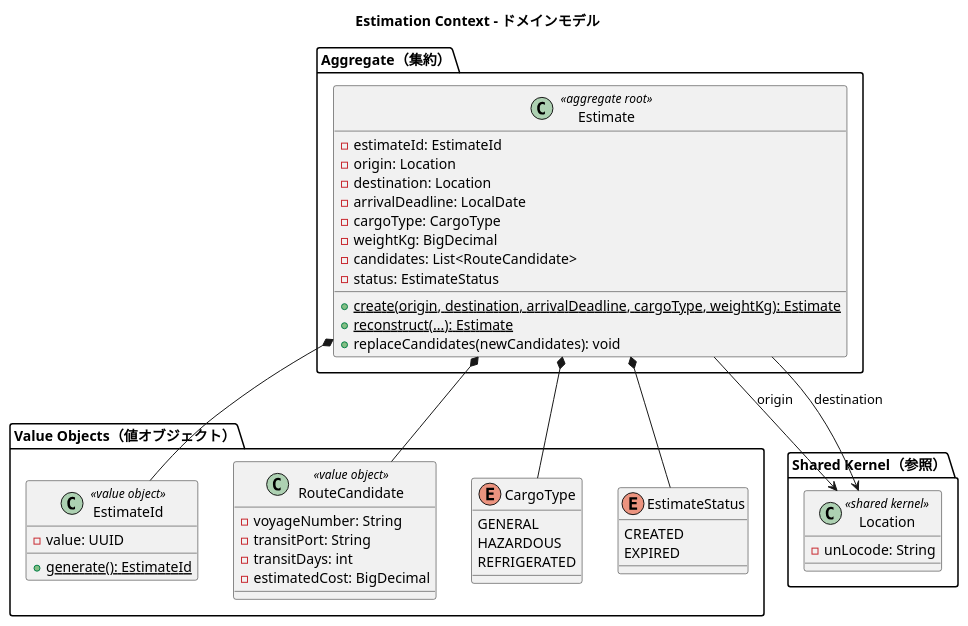
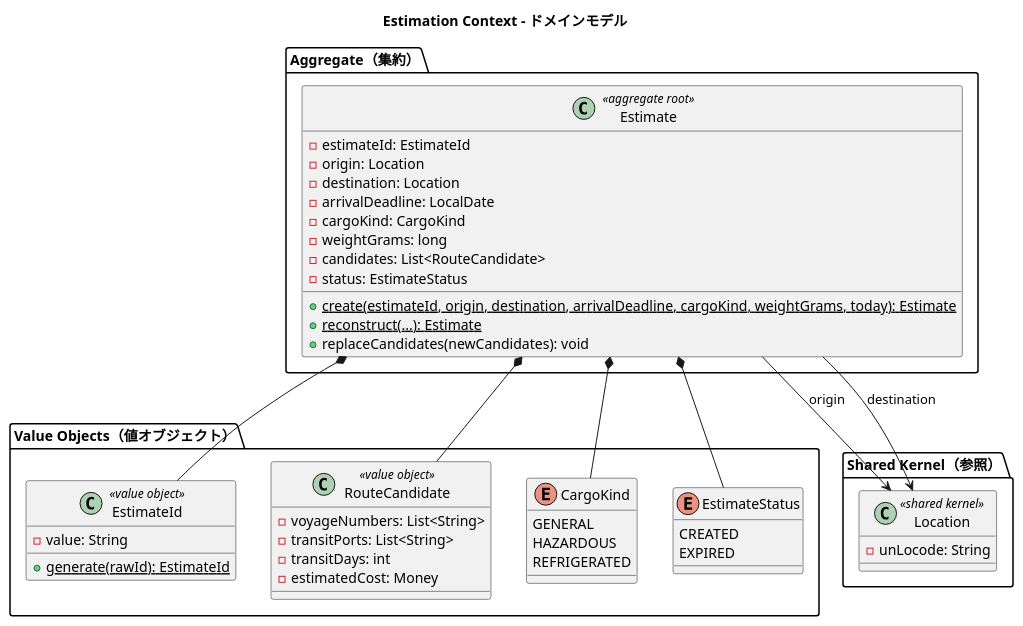
Before and after one commit to k2works/case-study-cargo-tracker: the ninth of 11 diagrams in docs/design/domain-model.md, drawn with PlantUML. The commit also changed other lines of this file and 20 other files, not shown here.

````diff
--- a/docs/design/domain-model.md
+++ b/docs/design/domain-model.md
@@ -1019,57 +1019,57 @@
 ```plantuml
 @startuml
 title Estimation Context - ドメインモデル
 
 package "Aggregate（集約）" {
   class Estimate <<aggregate root>> {
     -estimateId: EstimateId
     -origin: Location
     -destination: Location
     -arrivalDeadline: LocalDate
-    -cargoType: CargoType
-    -weightKg: BigDecimal
+    -cargoKind: CargoKind
+    -weightGrams: long
     -candidates: List<RouteCandidate>
     -status: EstimateStatus
-    +{static} create(origin, destination, arrivalDeadline, cargoType, weightKg): Estimate
+    +{static} create(estimateId, origin, destination, arrivalDeadline, cargoKind, weightGrams, today): Estimate
     +{static} reconstruct(...): Estimate
     +replaceCandidates(newCandidates): void
   }
 }
 
 package "Value Objects（値オブジェクト）" {
   class EstimateId <<value object>> {
-    -value: UUID
-    +{static} generate(): EstimateId
+    -value: String
+    +{static} generate(rawId): EstimateId
   }
   class RouteCandidate <<value object>> {
-    -voyageNumber: String
-    -transitPort: String
+    -voyageNumbers: List<String>
+    -transitPorts: List<String>
     -transitDays: int
-    -estimatedCost: BigDecimal
+    -estimatedCost: Money
   }
-  enum CargoType {
+  enum CargoKind {
     GENERAL
     HAZARDOUS
     REFRIGERATED
   }
   enum EstimateStatus {
     CREATED
     EXPIRED
   }
 }
 
 package "Shared Kernel（参照）" {
   class Location <<shared kernel>> {
     -unLocode: String
   }
 }
 
 Estimate *-- EstimateId
-Estimate *-- CargoType
+Estimate *-- CargoKind
 Estimate *-- EstimateStatus
 Estimate *-- RouteCandidate
 Estimate --> Location : origin
 Estimate --> Location : destination
 
 @enduml
 ```
````
